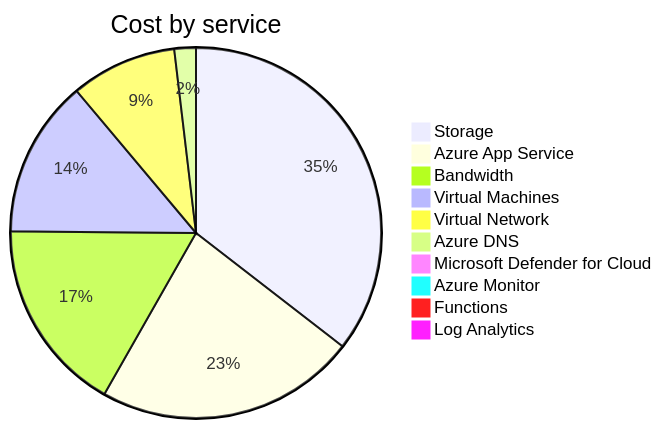
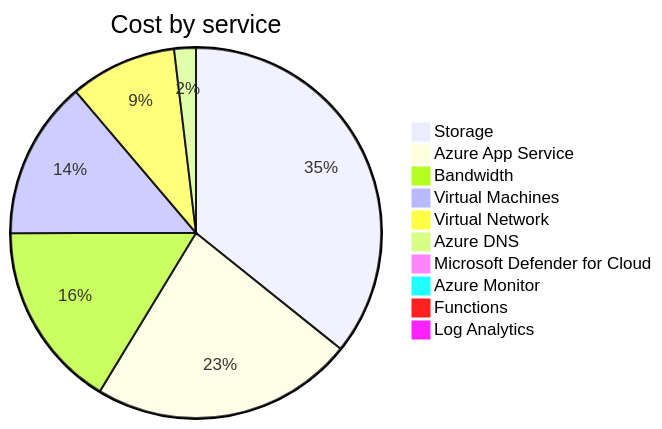
One commit to jpfulton/azure-personal-reports changed the second of 4 diagrams in cost-reports/accumulated-cost.md. Above: the diagram before and after it, drawn with Mermaid. The commit also changed other lines of this file and 4 other files, not shown here.

````diff
--- a/cost-reports/accumulated-cost.md
+++ b/cost-reports/accumulated-cost.md
@@ -100,14 +100,14 @@
 ```mermaid
 pie
    title Cost by service
-   "Storage" : 20.20
-   "Azure App Service" : 12.95
-   "Bandwidth" : 9.63
-   "Virtual Machines" : 7.82
-   "Virtual Network" : 5.26
-   "Azure DNS" : 1.07
-   "Microsoft Defender for Cloud" : 0.53
+   "Storage" : 21.14
+   "Azure App Service" : 13.56
+   "Bandwidth" : 9.64
+   "Virtual Machines" : 8.16
+   "Virtual Network" : 5.51
+   "Azure DNS" : 1.12
+   "Microsoft Defender for Cloud" : 0.54
    "Azure Monitor" : 0.00
    "Functions" : 0.00
    "Log Analytics" : 0.00
 ```
````
